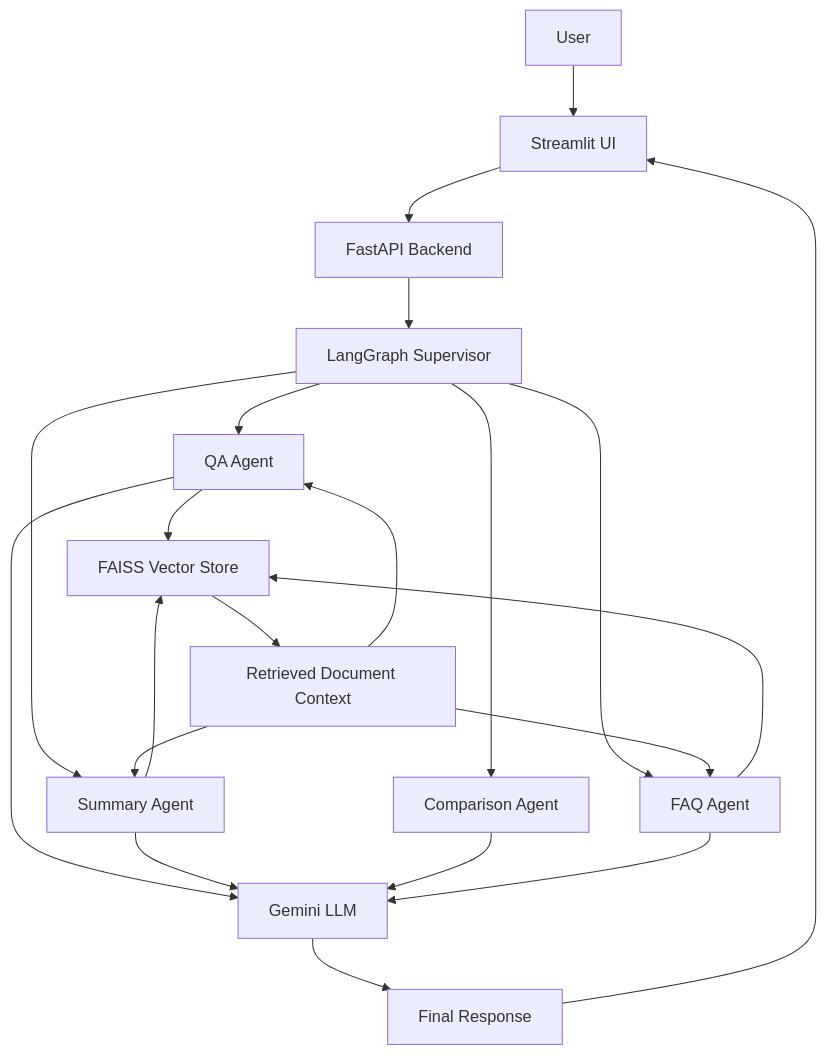
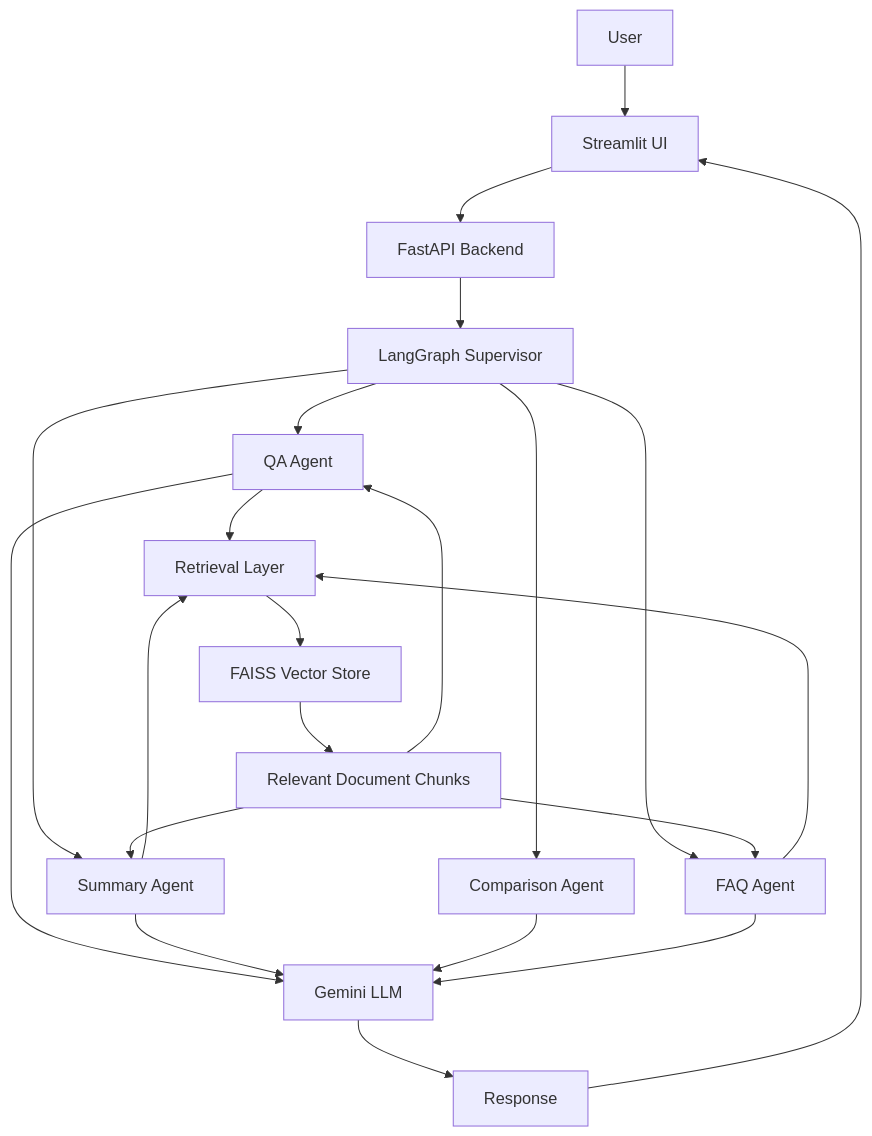
The diagram in README.md (lagnajitashome/enterprise-ai-document-intelligence), drawn with Mermaid before and after one commit.

````diff
--- a/README.md
+++ b/README.md
@@ -20,32 +20,31 @@
 ```mermaid
 flowchart TD
 
     A[User] --> B[Streamlit UI]
-
     B --> C[FastAPI Backend]
-
     C --> D[LangGraph Supervisor]
 
     D --> E[QA Agent]
     D --> F[Summary Agent]
     D --> G[Comparison Agent]
     D --> H[FAQ Agent]
 
-    E --> I[FAISS Vector Store]
+    E --> I[Retrieval Layer]
     F --> I
     H --> I
 
-    I --> J[Retrieved Document Context]
+    I --> J[FAISS Vector Store]
+    J --> K[Relevant Document Chunks]
 
-    J --> E
-    J --> F
-    J --> H
+    K --> E
+    K --> F
+    K --> H
 
-    E --> K[Gemini LLM]
-    F --> K
-    G --> K
-    H --> K
+    E --> L[Gemini LLM]
+    F --> L
+    G --> L
+    H --> L
 
-    K --> L[Final Response]
-    L --> B
+    L --> M[Response]
+    M --> B
 ```
````
